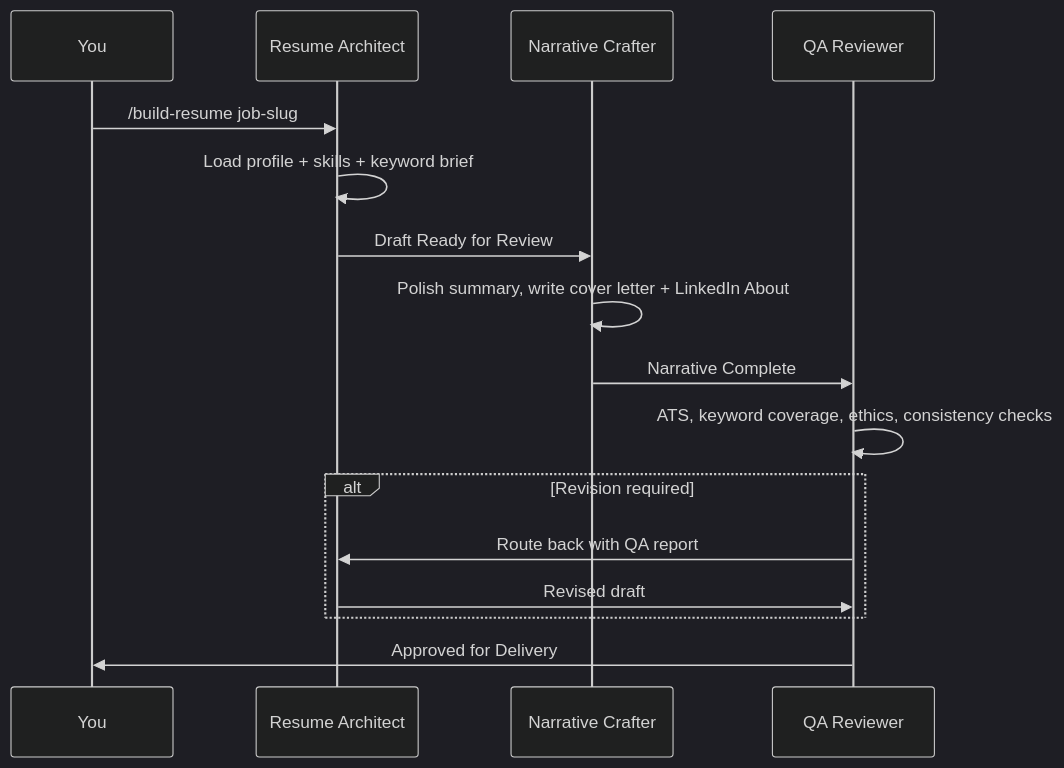
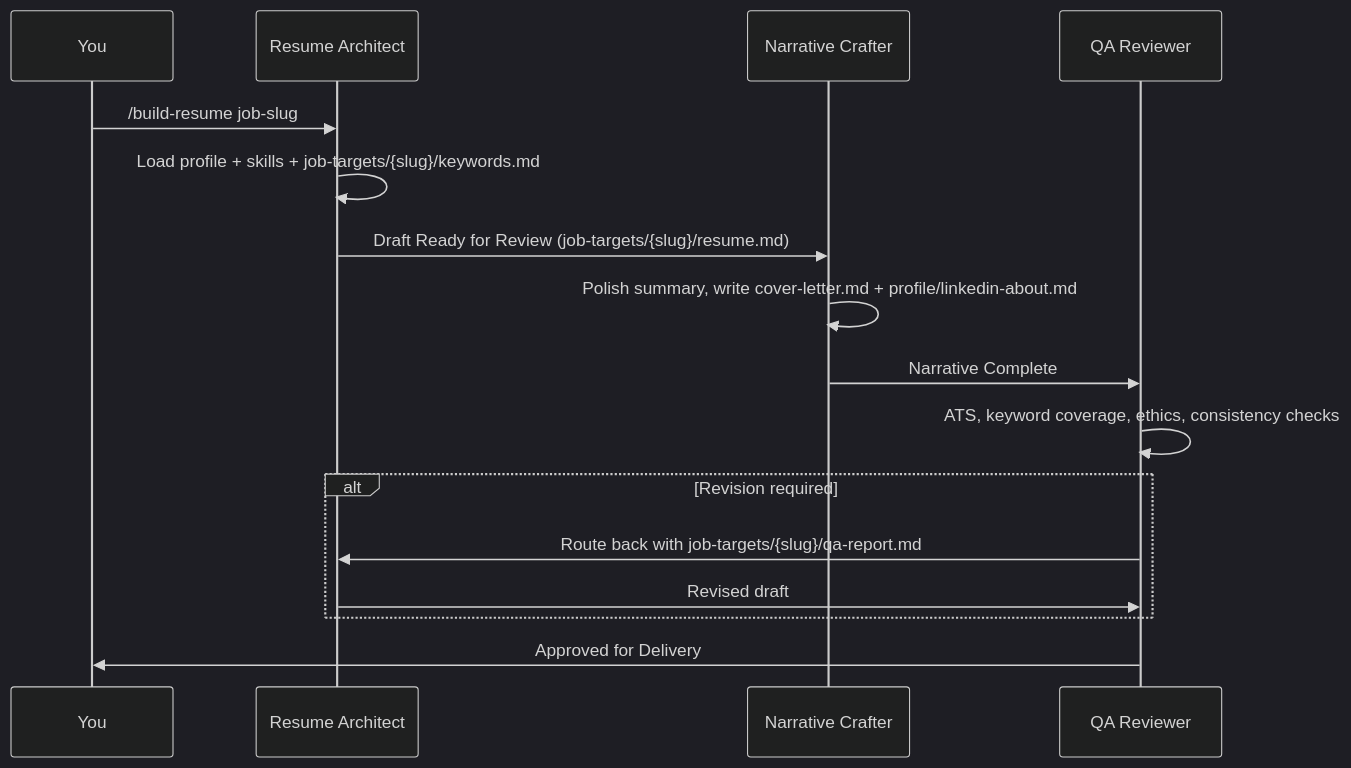
Before and after one commit to 10Legs/career-archetech-harness: the third of 3 diagrams in README.md, drawn with Mermaid (dark theme). The commit also changed other lines of this file, not shown here.

Commit message:
docs(readme): show per-job directory structure in workflow diagrams

````diff
--- a/README.md
+++ b/README.md
@@ -124,18 +136,18 @@
 ```mermaid
 sequenceDiagram
     participant U as You
     participant RA as Resume Architect
     participant NC as Narrative Crafter
     participant QA as QA Reviewer
     U->>RA: /build-resume job-slug
-    RA->>RA: Load profile + skills + keyword brief
-    RA->>NC: Draft Ready for Review
-    NC->>NC: Polish summary, write cover letter + LinkedIn About
+    RA->>RA: Load profile + skills + job-targets/{slug}/keywords.md
+    RA->>NC: Draft Ready for Review (job-targets/{slug}/resume.md)
+    NC->>NC: Polish summary, write cover-letter.md + profile/linkedin-about.md
     NC->>QA: Narrative Complete
     QA->>QA: ATS, keyword coverage, ethics, consistency checks
     alt Revision required
-        QA->>RA: Route back with QA report
+        QA->>RA: Route back with job-targets/{slug}/qa-report.md
         RA->>QA: Revised draft
     end
     QA->>U: Approved for Delivery
 ```
````
